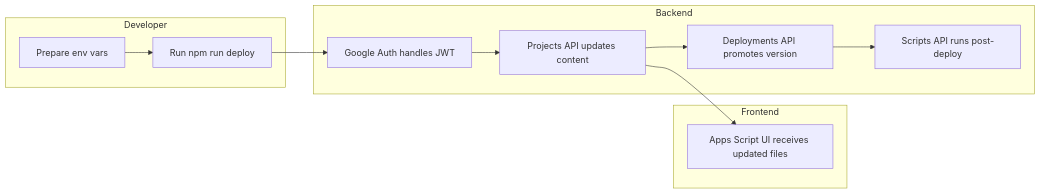
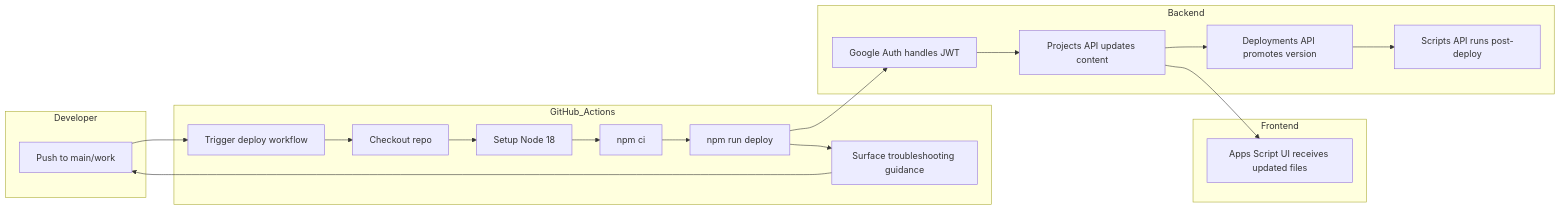
The fifth of 5 diagrams in README.md (muyueh/GAS), drawn with Mermaid before and after one commit. The commit also changed other lines of this file and 2 other files, not shown here.

Commit message:
Improve Apps Script deploy diagnostics

````diff
--- a/README.md
+++ b/README.md
@@ -56,23 +97,36 @@
 ```mermaid
 flowchart LR
     subgraph Developer
-        A[Prepare env vars]
-        B[Run npm run deploy]
+        A[Push to main/work]
+    end
+    subgraph GitHub_Actions
+        B[Trigger deploy workflow]
+        C[Checkout repo]
+        D[Setup Node 18]
+        E[npm ci]
+        F[npm run deploy]
+        L[Surface troubleshooting guidance]
     end
     subgraph Frontend
-        C[Apps Script UI receives updated files]
+        G[Apps Script UI receives updated files]
     end
     subgraph Backend
-        D[Google Auth handles JWT]
-        E[Projects API updates content]
-        F[Deployments API promotes version]
-        G[Scripts API runs post-deploy]
+        H[Google Auth handles JWT]
+        I[Projects API updates content]
+        J[Deployments API promotes version]
+        K[Scripts API runs post-deploy]
     end
 
     A --> B
-    B --> D
+    B --> C
+    C --> D
     D --> E
-    E --> C
     E --> F
-    F --> G
+    F --> H
+    F --> L
+    L --> A
+    H --> I
+    I --> G
+    I --> J
+    J --> K
 ```
````
